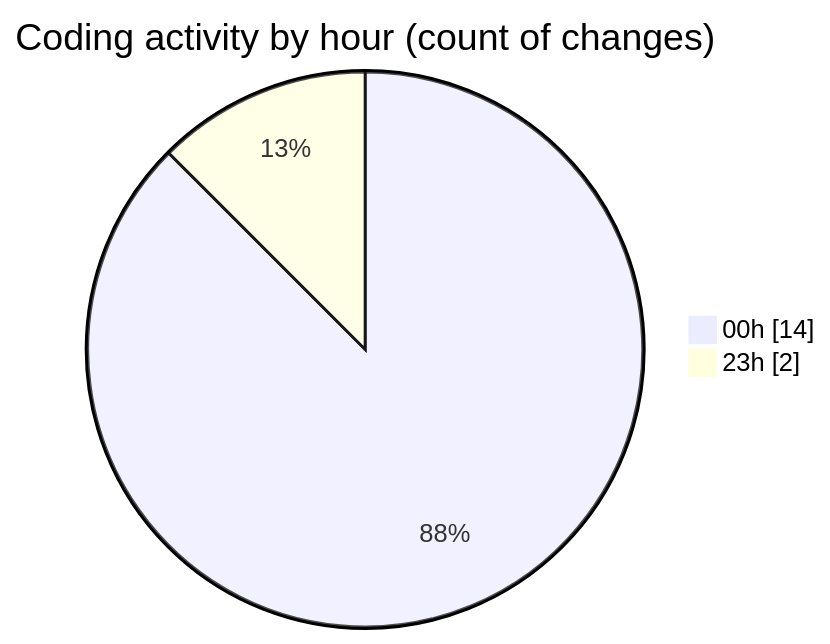
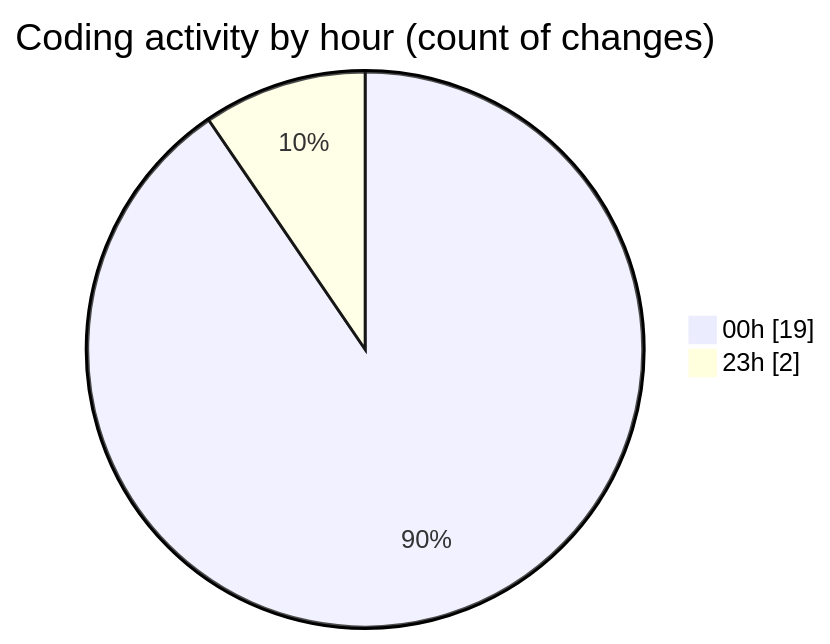
One commit to julien-gomy/code-tracking changed the second of 2 diagrams in 2025-10-10/eventscop-frontend-guide__workspace_/README.md. Above: the diagram before and after it, drawn with Mermaid. The commit also changed other lines of this file and 1 other file, not shown here.

````diff
--- a/2025-10-10/eventscop-frontend-guide__workspace_/README.md
+++ b/2025-10-10/eventscop-frontend-guide__workspace_/README.md
@@ -29,6 +29,6 @@
 ```mermaid
 pie showData
 title Coding activity by hour (count of changes)
-"00h" : 14
+"00h" : 19
 "23h" : 2
 ```
````
